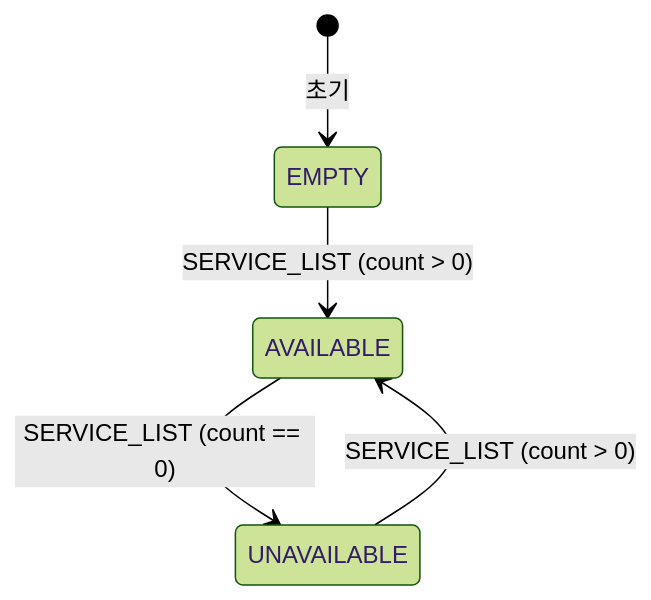
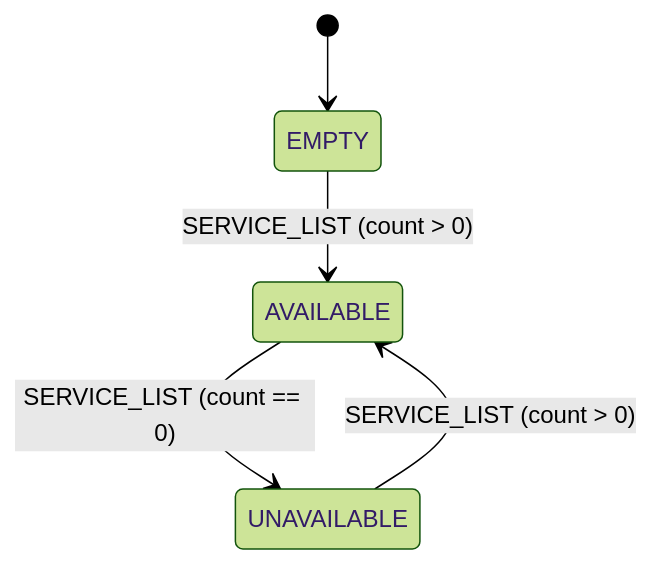
Before and after one commit to kairos-code-dev/zlink: the second of 3 diagrams in doc/internals/services-internals.ko.md, drawn with Mermaid (forest theme). The commit also changed other lines of this file and 53 other files, not shown here.

````diff
--- a/doc/internals/services-internals.ko.md
+++ b/doc/internals/services-internals.ko.md
@@ -64,7 +64,7 @@
 ```mermaid
 stateDiagram-v2
-    [*] --> EMPTY : 초기
+    [*] --> EMPTY
     EMPTY --> AVAILABLE : SERVICE_LIST (count > 0)
     AVAILABLE --> UNAVAILABLE : SERVICE_LIST (count == 0)
     UNAVAILABLE --> AVAILABLE : SERVICE_LIST (count > 0)
 ```
````
